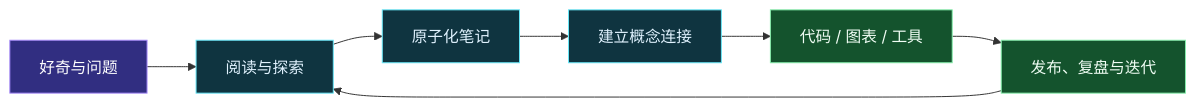
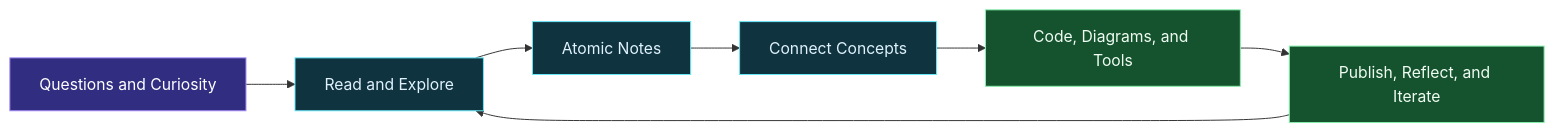
The diagram in README.md (ilikui/ilikui), drawn with Mermaid before and after one commit. The commit also changed other lines of this file, not shown here.

````diff
--- a/README.md
+++ b/README.md
@@ -93,15 +93,15 @@
 ```mermaid
 flowchart LR
-    A[好奇与问题] --> B[阅读与探索]
-    B --> C[原子化笔记]
-    C --> D[建立概念连接]
-    D --> E[代码 / 图表 / 工具]
-    E --> F[发布、复盘与迭代]
+    A[Questions and Curiosity] --> B[Read and Explore]
+    B --> C[Atomic Notes]
+    C --> D[Connect Concepts]
+    D --> E[Code, Diagrams, and Tools]
+    E --> F[Publish, Reflect, and Iterate]
     F --> B
     classDef question fill:#312e81,stroke:#a78bfa,color:#fff
     classDef knowledge fill:#0f3440,stroke:#67e8f9,color:#e0f2fe
     classDef output fill:#14532d,stroke:#86efac,color:#f0fdf4
     class A question
     class B,C,D knowledge
     class E,F output
 ```
````
